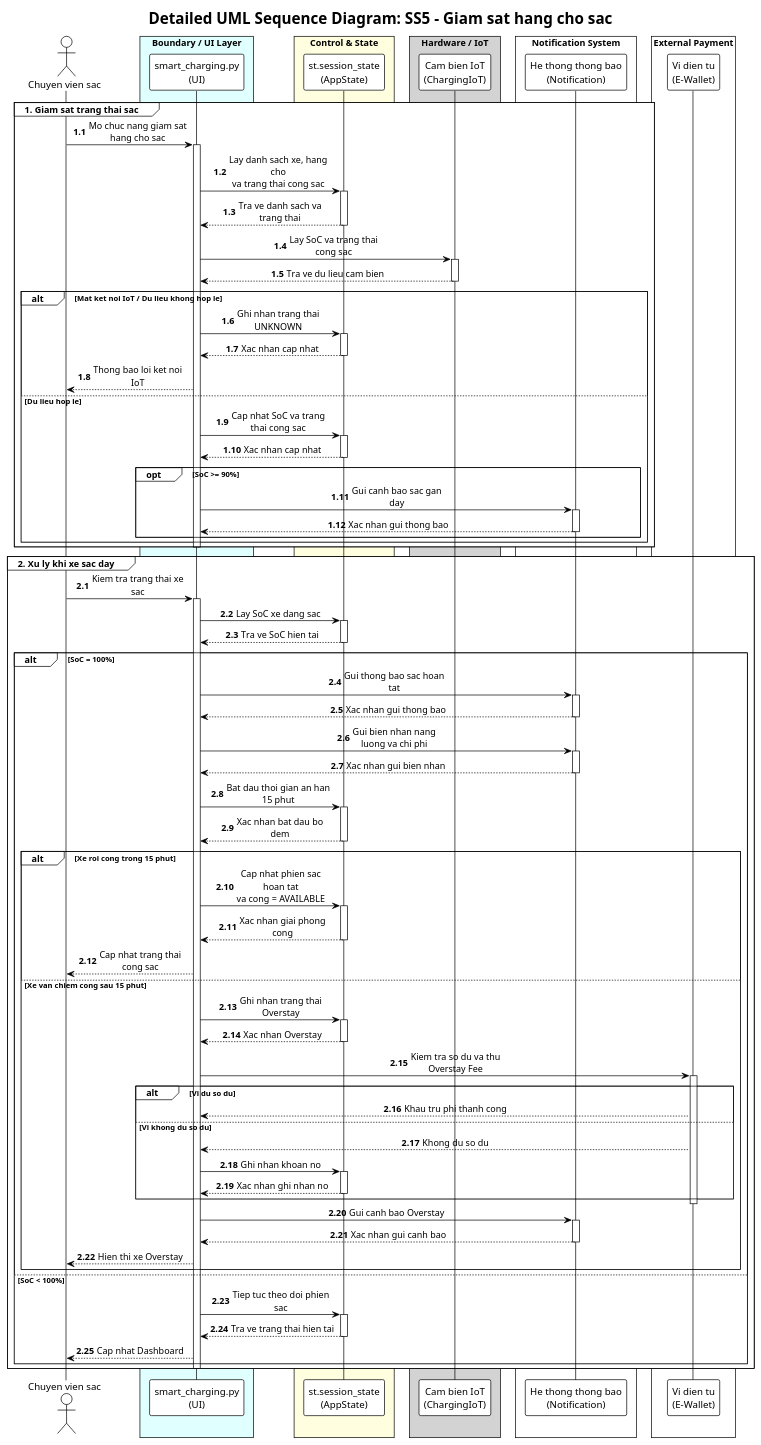
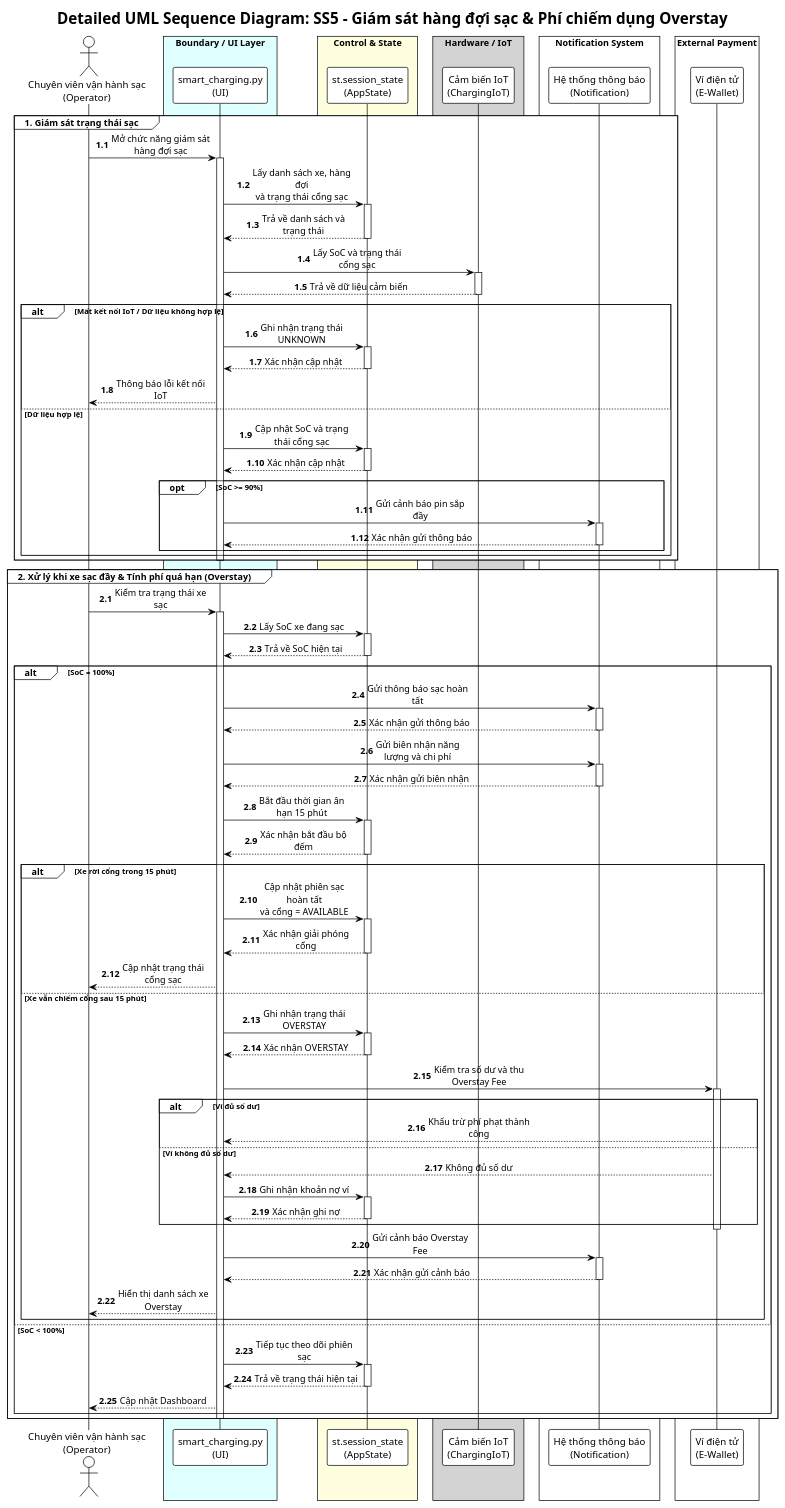
The diagram in docs/diagrams/Use-case detail-scenario/SS5/Sequence diagrams/UC_SS5_02_DuongDangKhoa_sequence.puml (Dat-nguyen195/BTL_1_CNPM), drawn with PlantUML before and after one commit. The commit also changed 2 other files, not shown here.

Commit message:
fix(diagrams): add Vietnamese accents to SS5 sequence and activity diagrams (Task 8)

```diff
--- a/docs/diagrams/Use-case detail-scenario/SS5/Sequence diagrams/UC_SS5_02_DuongDangKhoa_sequence.puml
+++ b/docs/diagrams/Use-case detail-scenario/SS5/Sequence diagrams/UC_SS5_02_DuongDangKhoa_sequence.puml
@@ -2,141 +2,141 @@
 @startuml UC_SS5_02_DuongDangKhoa_sequence
 !theme plain
 skinparam sequenceMessageAlign center
 skinparam maxMessageSize 150
 skinparam BoxPadding 10
 
-title "Detailed UML Sequence Diagram: SS5 - Giam sat hang cho sac"
+title "Detailed UML Sequence Diagram: SS5 - Giám sát hàng đợi sạc & Phí chiếm dụng Overstay"
 
-actor "Chuyen vien sac" as Operator
+actor "Chuyên viên vận hành sạc\n(Operator)" as Operator
 
 box "Boundary / UI Layer" #LightCyan
 participant "smart_charging.py\n(UI)" as UI
 end box
 
 box "Control & State" #LightYellow
 participant "st.session_state\n(AppState)" as AppState
 end box
 
 box "Hardware / IoT" #LightGray
-participant "Cam bien IoT\n(ChargingIoT)" as IoT
+participant "Cảm biến IoT\n(ChargingIoT)" as IoT
 end box
 
 box "Notification System" #White
-participant "He thong thong bao\n(Notification)" as Notification
+participant "Hệ thống thông báo\n(Notification)" as Notification
 end box
 
 box "External Payment" #White
-participant "Vi dien tu\n(E-Wallet)" as EWallet
+participant "Ví điện tử\n(E-Wallet)" as EWallet
 end box
 
 autonumber 1.1
-group 1. Giam sat trang thai sac
-    Operator -> UI: Mo chuc nang giam sat hang cho sac
+group 1. Giám sát trạng thái sạc
+    Operator -> UI: Mở chức năng giám sát hàng đợi sạc
     activate UI
 
-    UI -> AppState: Lay danh sach xe, hang cho\nva trang thai cong sac
+    UI -> AppState: Lấy danh sách xe, hàng đợi\nvà trạng thái cổng sạc
     activate AppState
-    AppState --> UI: Tra ve danh sach va trang thai
+    AppState --> UI: Trả về danh sách và trạng thái
     deactivate AppState
 
-    UI -> IoT: Lay SoC va trang thai cong sac
+    UI -> IoT: Lấy SoC và trạng thái cổng sạc
     activate IoT
-    IoT --> UI: Tra ve du lieu cam bien
+    IoT --> UI: Trả về dữ liệu cảm biến
     deactivate IoT
 
-    alt Mat ket noi IoT / Du lieu khong hop le
-        UI -> AppState: Ghi nhan trang thai UNKNOWN
+    alt Mất kết nối IoT / Dữ liệu không hợp lệ
+        UI -> AppState: Ghi nhận trạng thái UNKNOWN
         activate AppState
-        AppState --> UI: Xac nhan cap nhat
+        AppState --> UI: Xác nhận cập nhật
         deactivate AppState
 
-        UI --> Operator: Thong bao loi ket noi IoT
-    else Du lieu hop le
-        UI -> AppState: Cap nhat SoC va trang thai cong sac
+        UI --> Operator: Thông báo lỗi kết nối IoT
+    else Dữ liệu hợp lệ
+        UI -> AppState: Cập nhật SoC và trạng thái cổng sạc
         activate AppState
-        AppState --> UI: Xac nhan cap nhat
+        AppState --> UI: Xác nhận cập nhật
         deactivate AppState
 
         opt SoC >= 90%
-            UI -> Notification: Gui canh bao sac gan day
+            UI -> Notification: Gửi cảnh báo pin sắp đầy
             activate Notification
-            Notification --> UI: Xac nhan gui thong bao
+            Notification --> UI: Xác nhận gửi thông báo
             deactivate Notification
         end
     end
     deactivate UI
 end
 
 autonumber 2.1
-group 2. Xu ly khi xe sac day
-    Operator -> UI: Kiem tra trang thai xe sac
+group 2. Xử lý khi xe sạc đầy & Tính phí quá hạn (Overstay)
+    Operator -> UI: Kiểm tra trạng thái xe sạc
     activate UI
 
-    UI -> AppState: Lay SoC xe dang sac
+    UI -> AppState: Lấy SoC xe đang sạc
     activate AppState
-    AppState --> UI: Tra ve SoC hien tai
+    AppState --> UI: Trả về SoC hiện tại
     deactivate AppState
 
     alt SoC = 100%
-        UI -> Notification: Gui thong bao sac hoan tat
+        UI -> Notification: Gửi thông báo sạc hoàn tất
         activate Notification
-        Notification --> UI: Xac nhan gui thong bao
+        Notification --> UI: Xác nhận gửi thông báo
         deactivate Notification
 
-        UI -> Notification: Gui bien nhan nang luong va chi phi
+        UI -> Notification: Gửi biên nhận năng lượng và chi phí
         activate Notification
-        Notification --> UI: Xac nhan gui bien nhan
+        Notification --> UI: Xác nhận gửi biên nhận
         deactivate Notification
 
-        UI -> AppState: Bat dau thoi gian an han 15 phut
+        UI -> AppState: Bắt đầu thời gian ân hạn 15 phút
         activate AppState
-        AppState --> UI: Xac nhan bat dau bo dem
+        AppState --> UI: Xác nhận bắt đầu bộ đếm
         deactivate AppState
 
-        alt Xe roi cong trong 15 phut
-            UI -> AppState: Cap nhat phien sac hoan tat\nva cong = AVAILABLE
+        alt Xe rời cổng trong 15 phút
+            UI -> AppState: Cập nhật phiên sạc hoàn tất\nvà cổng = AVAILABLE
             activate AppState
-            AppState --> UI: Xac nhan giai phong cong
+            AppState --> UI: Xác nhận giải phóng cổng
             deactivate AppState
 
-            UI --> Operator: Cap nhat trang thai cong sac
-        else Xe van chiem cong sau 15 phut
-            UI -> AppState: Ghi nhan trang thai Overstay
+            UI --> Operator: Cập nhật trạng thái cổng sạc
+        else Xe vẫn chiếm cổng sau 15 phút
+            UI -> AppState: Ghi nhận trạng thái OVERSTAY
             activate AppState
-            AppState --> UI: Xac nhan Overstay
+            AppState --> UI: Xác nhận OVERSTAY
             deactivate AppState
 
-            UI -> EWallet: Kiem tra so du va thu Overstay Fee
+            UI -> EWallet: Kiểm tra số dư và thu Overstay Fee
             activate EWallet
 
-            alt Vi du so du
-                EWallet --> UI: Khau tru phi thanh cong
-            else Vi khong du so du
-                EWallet --> UI: Khong du so du
-                UI -> AppState: Ghi nhan khoan no
+            alt Ví đủ số dư
+                EWallet --> UI: Khấu trừ phí phạt thành công
+            else Ví không đủ số dư
+                EWallet --> UI: Không đủ số dư
+                UI -> AppState: Ghi nhận khoản nợ ví
                 activate AppState
-                AppState --> UI: Xac nhan ghi nhan no
+                AppState --> UI: Xác nhận ghi nợ
                 deactivate AppState
             end
             deactivate EWallet
 
-            UI -> Notification: Gui canh bao Overstay
+            UI -> Notification: Gửi cảnh báo Overstay Fee
             activate Notification
-            Notification --> UI: Xac nhan gui canh bao
+            Notification --> UI: Xác nhận gửi cảnh báo
             deactivate Notification
 
-            UI --> Operator: Hien thi xe Overstay
+            UI --> Operator: Hiển thị danh sách xe Overstay
         end
     else SoC < 100%
-        UI -> AppState: Tiep tuc theo doi phien sac
+        UI -> AppState: Tiếp tục theo dõi phiên sạc
         activate AppState
-        AppState --> UI: Tra ve trang thai hien tai
+        AppState --> UI: Trả về trạng thái hiện tại
         deactivate AppState
 
-        UI --> Operator: Cap nhat Dashboard
+        UI --> Operator: Cập nhật Dashboard
     end
 
     deactivate UI
 end
 
 @enduml
```
